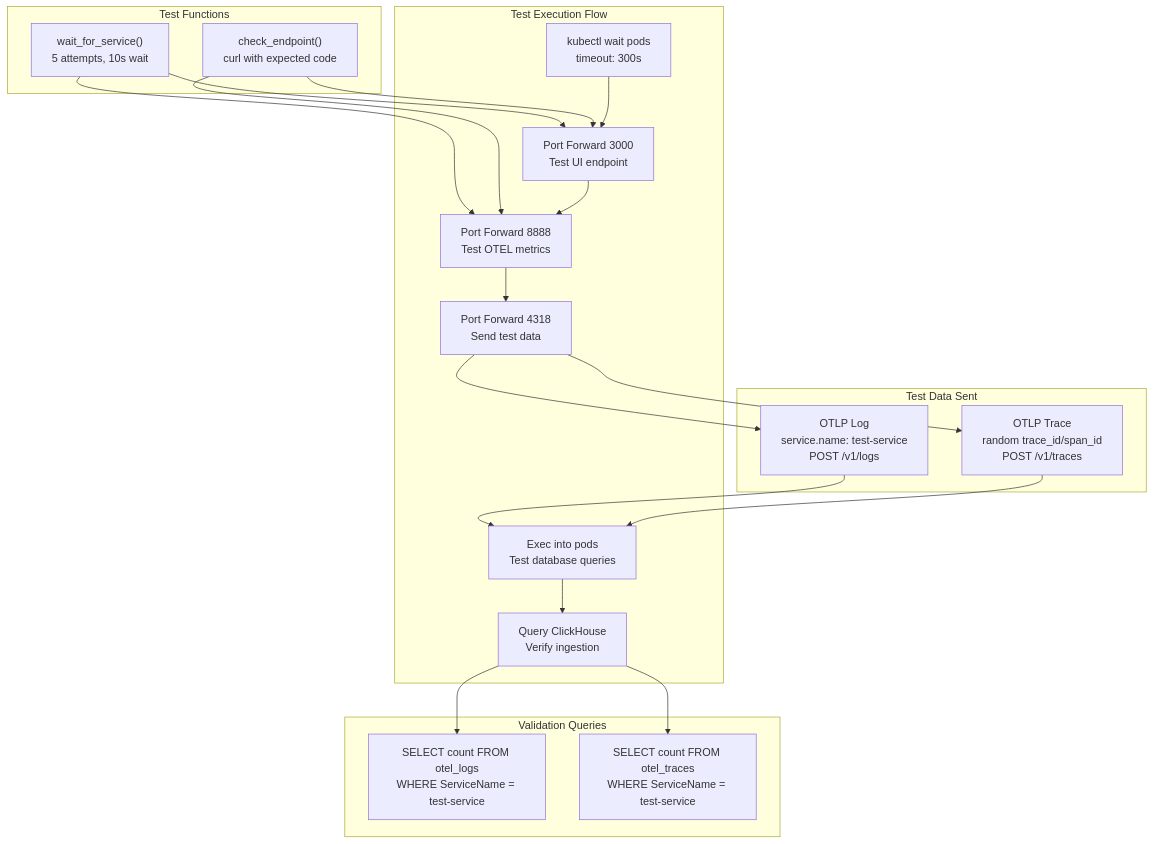
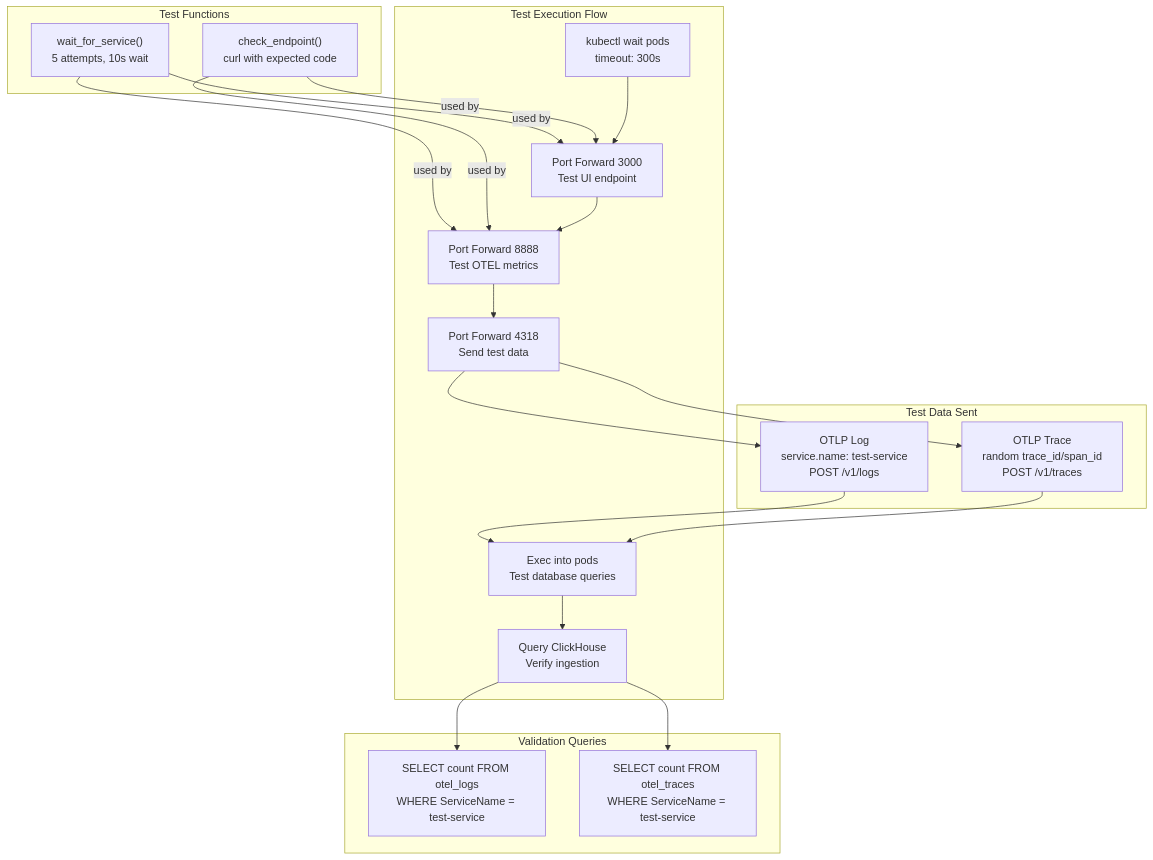
The third of 5 diagrams in docs/hyperdxio-helm-charts-docs/Testing.md (openchoreo/openchoreo), drawn with Mermaid before and after one commit. The commit also changed other lines of this file and 85 other files, not shown here.

Commit message:
feat: Add new workflow and specification templates, update Helm chart dependencies, and clarify documentation diagrams.

````diff
--- a/docs/hyperdxio-helm-charts-docs/Testing.md
+++ b/docs/hyperdxio-helm-charts-docs/Testing.md
@@ -293,55 +293,55 @@
 ```mermaid
 flowchart TD
 
 PodCheck["kubectl wait pods<br>timeout: 300s"]
 UITest["Port Forward 3000<br>Test UI endpoint"]
 MetricsTest["Port Forward 8888<br>Test OTEL metrics"]
 IngestTest["Port Forward 4318<br>Send test data"]
 DBTest["Exec into pods<br>Test database queries"]
 DataVerify["Query ClickHouse<br>Verify ingestion"]
 WaitForService["wait_for_service()<br>5 attempts, 10s wait"]
 CheckEndpoint["check_endpoint()<br>curl with expected code"]
 TestLog["OTLP Log<br>service.name: test-service<br>POST /v1/logs"]
 TestTrace["OTLP Trace<br>random trace_id/span_id<br>POST /v1/traces"]
 LogQuery["SELECT count FROM otel_logs<br>WHERE ServiceName = test-service"]
 TraceQuery["SELECT count FROM otel_traces<br>WHERE ServiceName = test-service"]
 
 IngestTest --> TestLog
 IngestTest --> TestTrace
 TestLog --> DBTest
 TestTrace --> DBTest
 DataVerify --> LogQuery
 DataVerify --> TraceQuery
-WaitForService --> UITest
-WaitForService --> MetricsTest
-CheckEndpoint --> UITest
-CheckEndpoint --> MetricsTest
+WaitForService -->|"used by"| UITest
+WaitForService -->|"used by"| MetricsTest
+CheckEndpoint -->|"used by"| UITest
+CheckEndpoint -->|"used by"| MetricsTest
 
 subgraph subGraph3 ["Validation Queries"]
     LogQuery
     TraceQuery
 end
 
 subgraph subGraph2 ["Test Data Sent"]
     TestLog
     TestTrace
 end
 
 subgraph subGraph1 ["Test Functions"]
     WaitForService
     CheckEndpoint
 end
 
 subgraph subGraph0 ["Test Execution Flow"]
     PodCheck
     UITest
     MetricsTest
     IngestTest
     DBTest
     DataVerify
     PodCheck --> UITest
     UITest --> MetricsTest
     MetricsTest --> IngestTest
     DBTest --> DataVerify
 end
 ```
````
